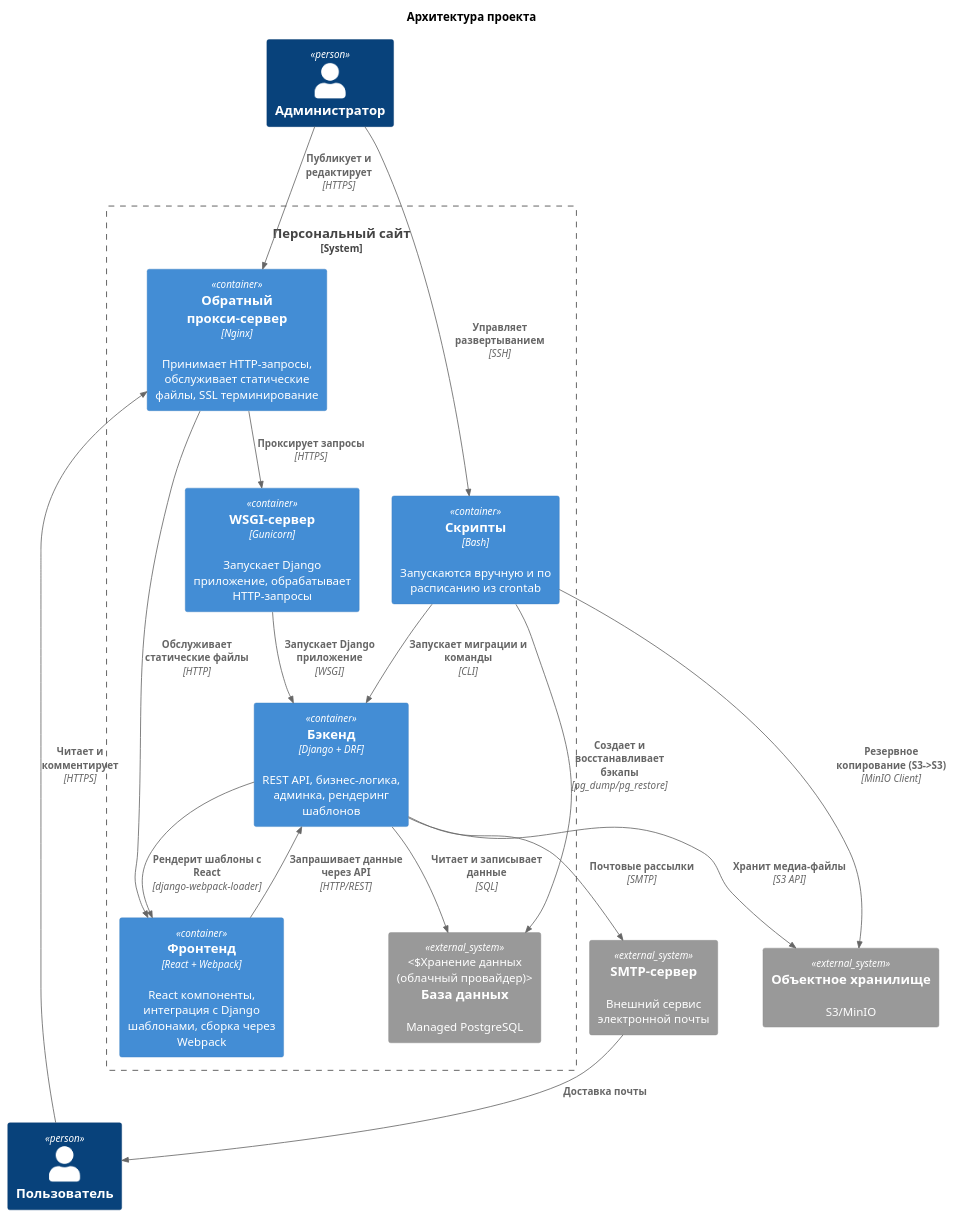
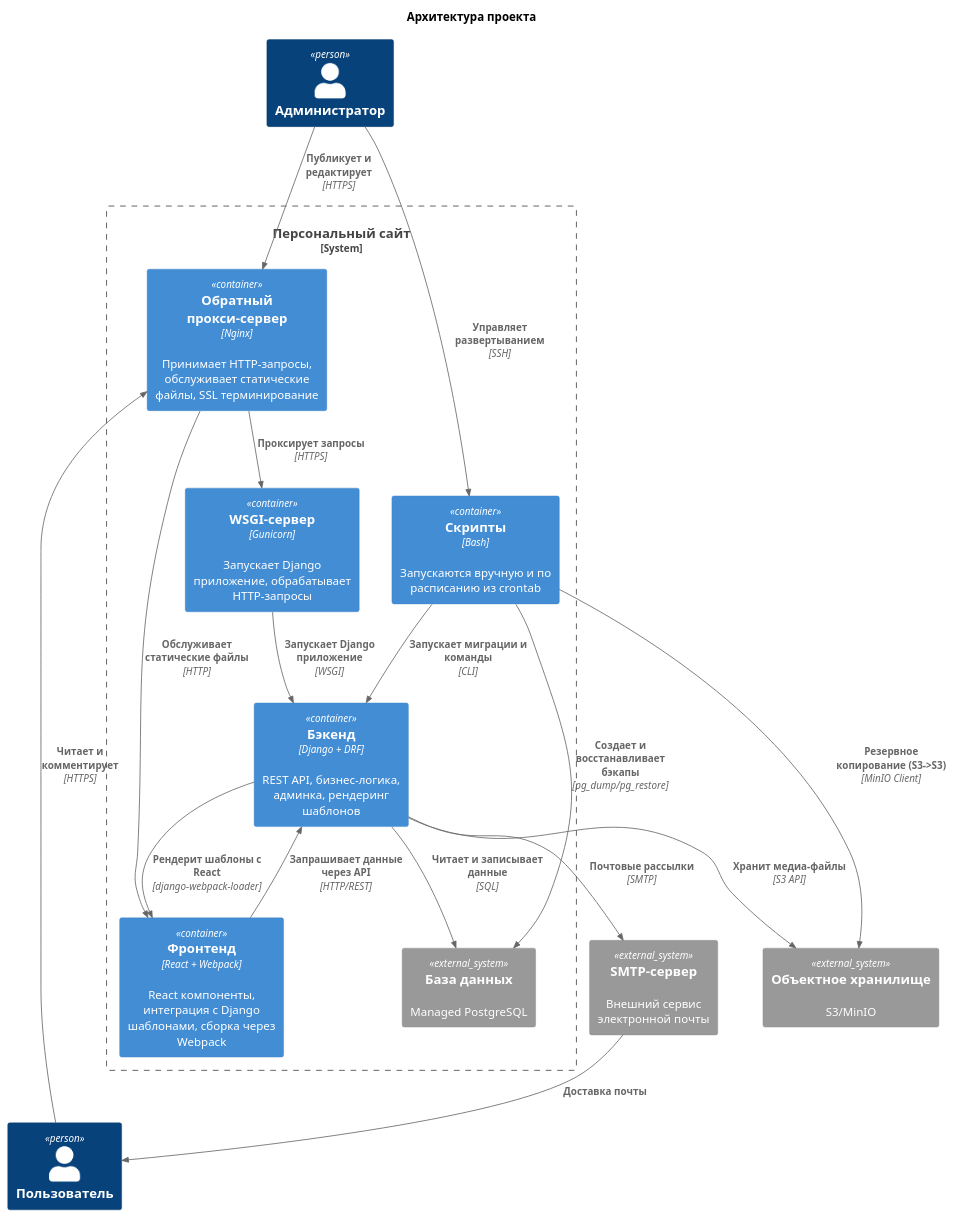
The diagram in docs/diagrams/src/container.puml (mikhpo/personal-website), drawn with PlantUML before and after one commit. The commit also changed 1 other file, not shown here.

Commit message:
fix: исправить количество аргументов System_Ext в контейнерной диаграмме
System_Ext должен иметь 3 аргумента, а не 4.
Убран лишний аргумент описания.

```diff
--- a/docs/diagrams/src/container.puml
+++ b/docs/diagrams/src/container.puml
@@ -1,36 +1,36 @@
 @startuml container
 
 !include <C4/C4_Container>
 
 title Архитектура проекта
 
 Person(user, "Пользователь")
 Person(admin, "Администратор")
 System_Boundary(project, "Персональный сайт") {
     Container(nginx, "Обратный прокси-сервер", "Nginx", "Принимает HTTP-запросы, обслуживает статические файлы, SSL терминирование")
     Container(gunicorn, "WSGI-сервер", "Gunicorn", "Запускает Django приложение, обрабатывает HTTP-запросы")
     Container(backend, "Бэкенд", "Django + DRF", "REST API, бизнес-логика, админка, рендеринг шаблонов")
     Container(frontend, "Фронтенд", "React + Webpack", "React компоненты, интеграция с Django шаблонами, сборка через Webpack")
     Container(scripts, "Скрипты", "Bash", "Запускаются вручную и по расписанию из crontab")
-    System_Ext(db, "База данных", "Managed PostgreSQL", "Хранение данных (облачный провайдер)")
+    System_Ext(db, "База данных", "Managed PostgreSQL")
 }
 System_Ext(s3, "Объектное хранилище", "S3/MinIO")
 System_Ext(smtp, "SMTP-сервер", "Внешний сервис электронной почты")
 
 Rel(admin, nginx, "Публикует и редактирует", "HTTPS")
 Rel(admin, scripts, "Управляет развертыванием", "SSH")
 Rel(user, nginx, "Читает и комментирует", "HTTPS")
 Rel(nginx, gunicorn, "Проксирует запросы", "HTTPS")
 Rel(nginx, frontend, "Обслуживает статические файлы", "HTTP")
 Rel(gunicorn, backend, "Запускает Django приложение", "WSGI")
 Rel(backend, frontend, "Рендерит шаблоны с React", "django-webpack-loader")
 Rel(frontend, backend, "Запрашивает данные через API", "HTTP/REST")
 Rel(backend, db, "Читает и записывает данные", "SQL")
 Rel(backend, s3, "Хранит медиа-файлы", "S3 API")
 Rel(backend, smtp, "Почтовые рассылки", "SMTP")
 Rel(smtp, user, "Доставка почты")
 Rel(scripts, backend, "Запускает миграции и команды", "CLI")
 Rel(scripts, db, "Создает и восстанавливает бэкапы", "pg_dump/pg_restore")
 Rel(scripts, s3, "Резервное копирование (S3->S3)", "MinIO Client")
 
 @enduml
```
